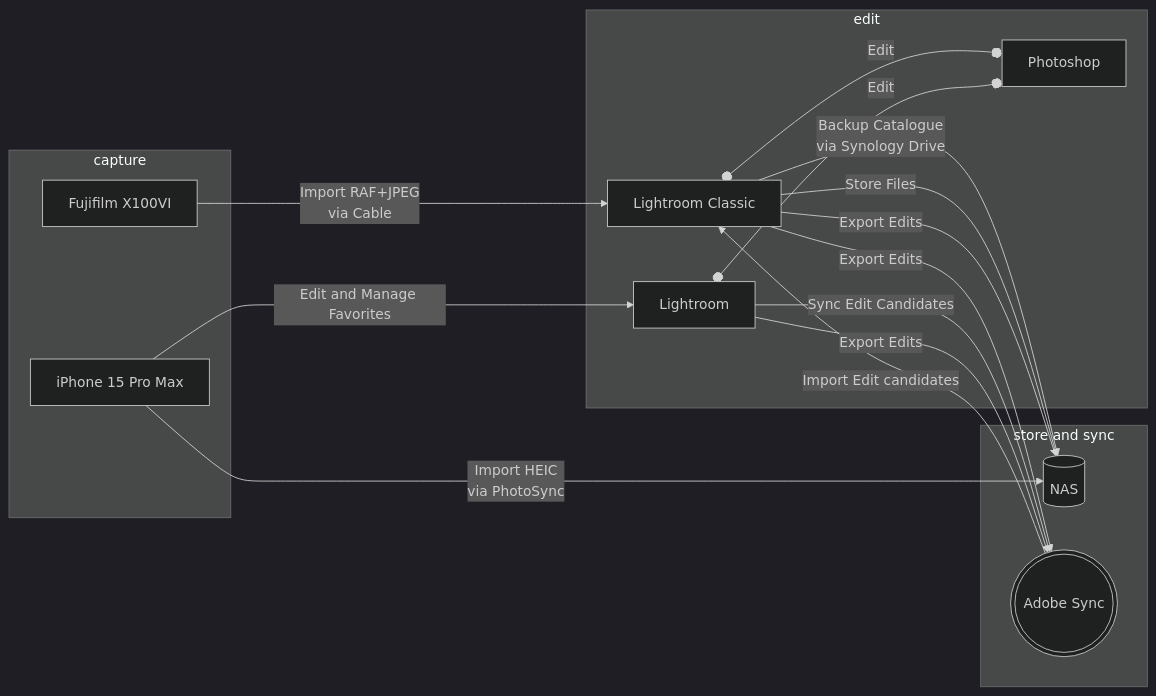
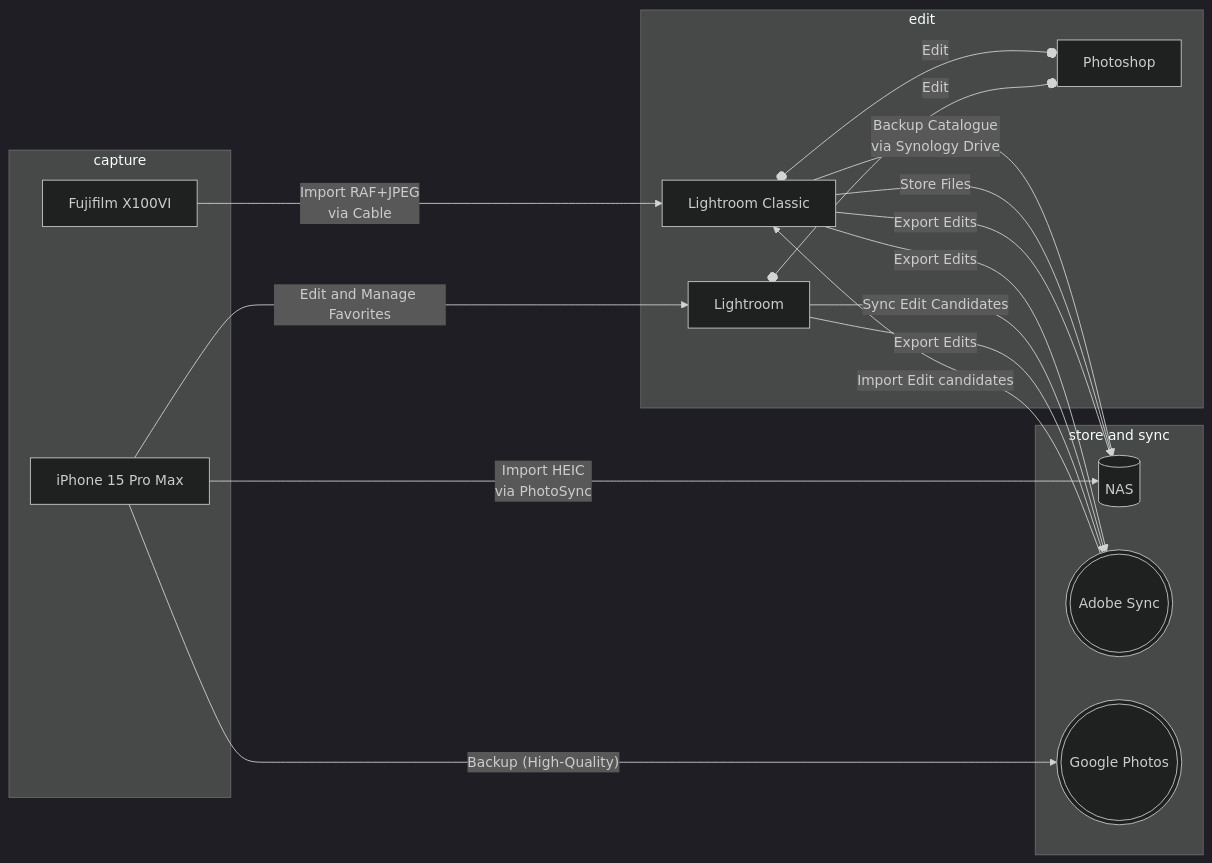
The diagram in drafts/PhotosFlow.md (Abbabon/abbabon.github.io), drawn with Mermaid (dark theme) before and after one commit.

Commit message:
Forgot Google Photos

````diff
--- a/drafts/PhotosFlow.md
+++ b/drafts/PhotosFlow.md
@@ -3,35 +3,37 @@
 ```mermaid
 flowchart LR
 
 subgraph capture
 X100VI[Fujifilm X100VI]
 iPhone[iPhone 15 Pro Max]
 end
 
 subgraph edit
 LrC[Lightroom Classic]
 Lr[Lightroom]
 Ps[Photoshop]
 end
 
 subgraph store and sync
 NAS[(NAS)]
 AS(((Adobe Sync)))
+GP(((Google Photos)))
 end
 
 X100VI --Import RAF+JPEG\nvia Cable--> LrC
 iPhone --Import HEIC\nvia PhotoSync----> NAS
 iPhone --Edit and Manage Favorites--> Lr
+iPhone --Backup (High-Quality)--> GP
 
 LrC --Backup Catalogue\nvia Synology Drive--> NAS
 LrC --Store Files--> NAS
 LrC o--Edit--o Ps
 LrC --Export Edits--> NAS
 AS --Import Edit candidates--> LrC
 LrC --Export Edits--> AS
 
 Lr o--Edit--o Ps
 Lr --Sync Edit Candidates--> AS
 Lr --Export Edits--> AS
 
 ```
````
